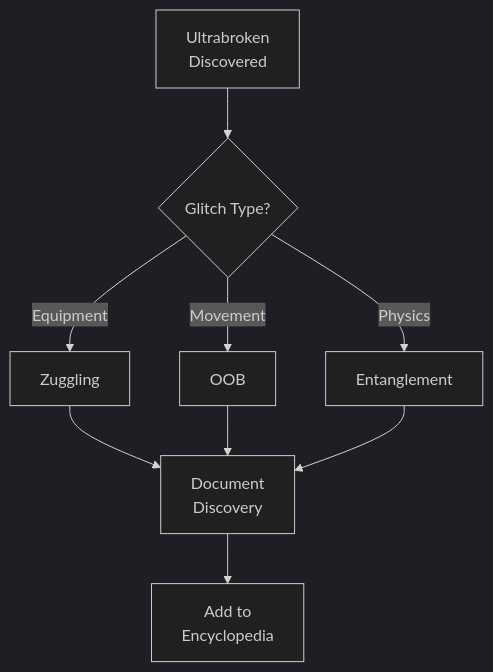
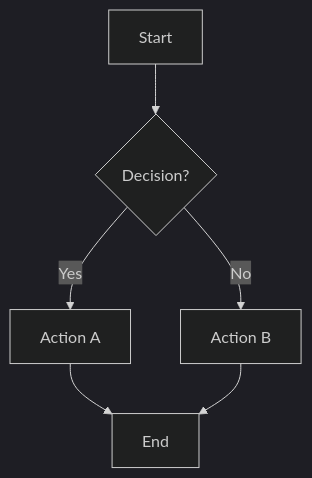
One commit to BKMzero/ultrabroken-documentation changed the first of 7 diagrams in docs/wiki/guide.md. Above: the diagram before and after it, drawn with Mermaid (dark theme). The commit also changed other lines of this file, not shown here.

Commit message:
feat: enhance Mermaid diagram support with additional diagram types and examples

````diff
--- a/docs/wiki/guide.md
+++ b/docs/wiki/guide.md
@@ -543,11 +539,8 @@
 ```mermaid
 graph TD
-    A["Ultrabroken<br/>Discovered"] --> B{Glitch Type?}
-    B -->|Equipment| C["Zuggling"]
-    B -->|Movement| D["OOB"]
-    B -->|Physics| E["Entanglement"]
-    C --> F["Document<br/>Discovery"]
-    D --> F
-    E --> F
-    F --> G["Add to<br/>Encyclopedia"]
+    A[Start] --> B{Decision?}
+    B -->|Yes| C[Action A]
+    B -->|No| D[Action B]
+    C --> E[End]
+    D --> E
 ```
````
